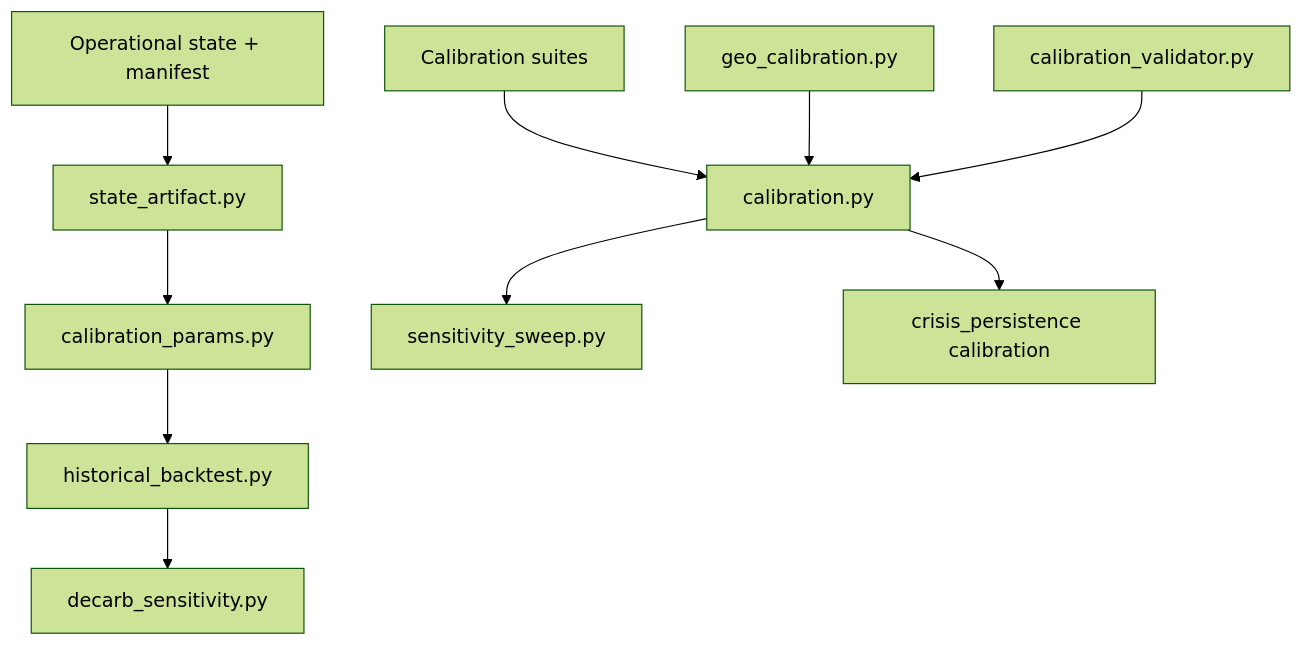
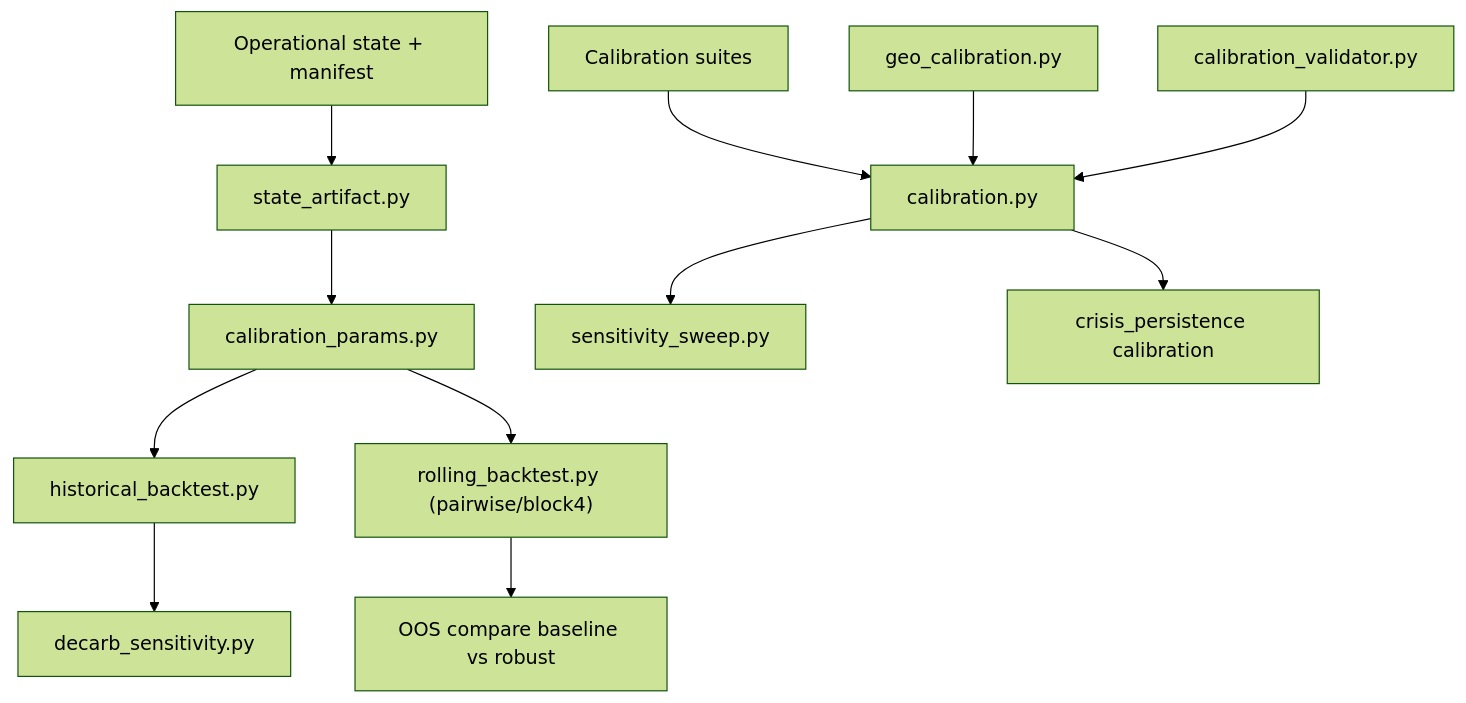
The diagram in docs/CALIBRATION_LAYER.md (Theclimateguy/GIM), drawn with Mermaid (forest theme) before and after one commit. The commit also changed other lines of this file and 28 other files, not shown here.

Commit message:
Finalize GIM15 refactor package and rolling OOS validation

````diff
--- a/docs/CALIBRATION_LAYER.md
+++ b/docs/CALIBRATION_LAYER.md
@@ -43,13 +56,15 @@
 ```mermaid
 flowchart TD
     A["Operational state + manifest"] --> B["state_artifact.py"]
     B --> C["calibration_params.py"]
     C --> D["historical_backtest.py"]
     D --> E["decarb_sensitivity.py"]
 
     F["Calibration suites"] --> G["calibration.py"]
     H["geo_calibration.py"] --> G
     I["calibration_validator.py"] --> G
     G --> J["sensitivity_sweep.py"]
     G --> K["crisis_persistence calibration"]
+    C --> L["rolling_backtest.py (pairwise/block4)"]
+    L --> M["OOS compare baseline vs robust"]
 ```
````
